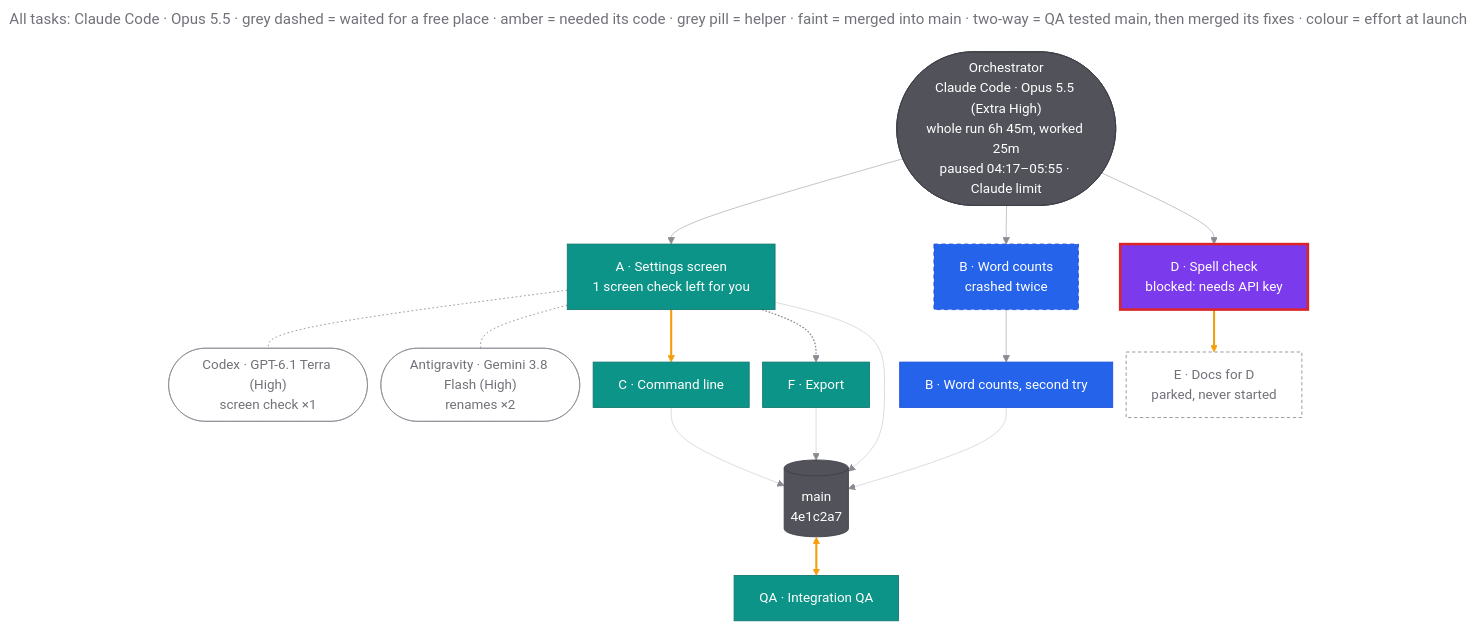
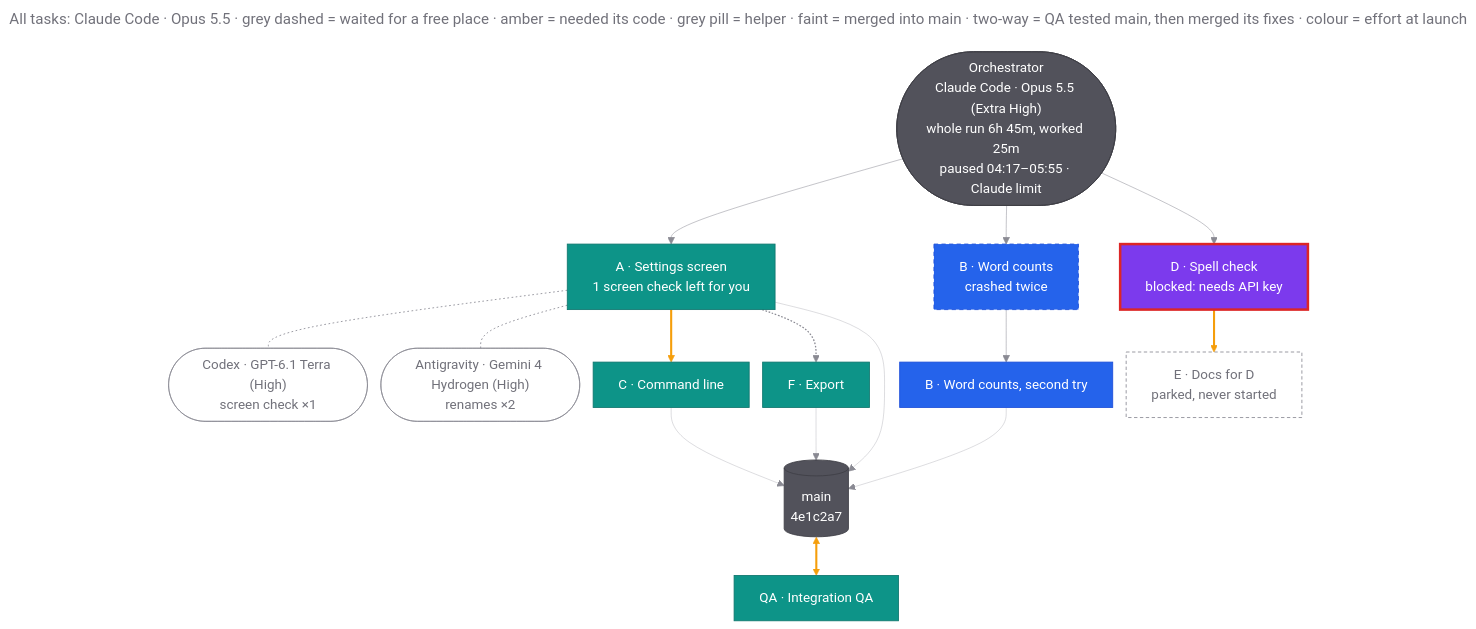
One commit to kristianbonnici/agent-skills changed the first of 2 diagrams in skills/long-horizon-orchestrator/references/final-report.md. Above: the diagram before and after it, drawn with Mermaid. The commit also changed 10 other files, not shown here.

Commit message:
feat(long-horizon-orchestrator, review-gate): Gemini 4 Hydrogen as the fast helper, advanced sub-tasks to Hydrogen before Argon, and Hydrogen on trial as a reviewer

````diff
--- a/skills/long-horizon-orchestrator/references/final-report.md
+++ b/skills/long-horizon-orchestrator/references/final-report.md
@@ -176,44 +176,44 @@
 ```mermaid
 ---
 title: "All tasks: Claude Code · Opus 5.5 · grey dashed = waited for a free place · amber = needed its code · grey pill = helper · faint = merged into main · two-way = QA tested main, then merged its fixes · colour = effort at launch"
 ---
 %%{init: {"theme": "base", "fontFamily": "Helvetica Neue, Helvetica, Arial, sans-serif", "themeVariables": {"titleColor": "#71717a", "textColor": "#71717a", "lineColor": "#8a8a93"}, "flowchart": {"curve": "basis", "nodeSpacing": 16, "rankSpacing": 46}}}%%
 flowchart TB
   O(["Orchestrator<br/>Claude Code · Opus 5.5 (Extra High)<br/>whole run 6h 45m, worked 25m<br/>paused 04:17–05:55 · Claude limit"]):::orch
   A["A · Settings screen<br/>1 screen check left for you"]:::high
   B1["B · Word counts<br/>crashed twice"]:::xhigh
   D["D · Spell check<br/>blocked: needs API key"]:::ultra
   HA(["Codex · GPT-6.1 Terra (High)<br/>screen check ×1"]):::helper
-  HB(["Antigravity · Gemini 3.8 Flash (High)<br/>renames ×2"]):::helper
+  HB(["Antigravity · Gemini 4 Hydrogen (High)<br/>renames ×2"]):::helper
   B2["B · Word counts, second try"]:::xhigh
   C["C · Command line"]:::high
   F["F · Export"]:::high
   E["E · Docs for D<br/>parked, never started"]:::parked
   MAIN[("main<br/>4e1c2a7")]:::orch
   QA["QA · Integration QA"]:::high
   O --> A & B1 & D
   A -.- HA
   A -.- HB
   B1 --> B2
   A ==> C
   A -.-> F
   D ==> E
   A ---> MAIN
   B2 & C & F --> MAIN
   MAIN <==> QA
   classDef orch fill:#52525b,stroke:#3f3f46,color:#ffffff
   classDef ultra fill:#7c3aed,stroke:#6d28d9,color:#ffffff
   classDef xhigh fill:#2563eb,stroke:#1d4ed8,color:#ffffff
   classDef high fill:#0d9488,stroke:#0f766e,color:#ffffff
   classDef helper fill:transparent,stroke:#8a8a93,color:#71717a
   classDef parked fill:transparent,stroke:#8a8a93,stroke-dasharray:4 3,color:#71717a
   classDef blocked stroke:#dc2626,stroke-width:3px
   classDef replaced stroke-dasharray:5 4
   class D blocked
   class B1 replaced
   linkStyle 0,1,2,5 stroke:#8a8a93,stroke-width:1px,stroke-opacity:0.6
   linkStyle 3,4 stroke:#8a8a93,stroke-width:1px,stroke-dasharray:2 3
   linkStyle 7 stroke:#8a8a93,stroke-width:1.5px
   linkStyle 6,8,13 stroke:#f59e0b,stroke-width:2.5px
   linkStyle 9,10,11,12 stroke:#8a8a93,stroke-width:1px,stroke-opacity:0.35
 ```
````
